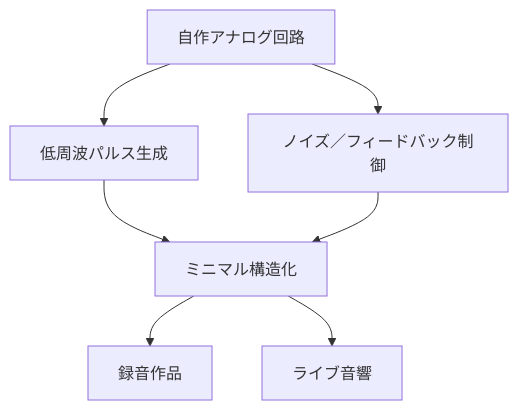
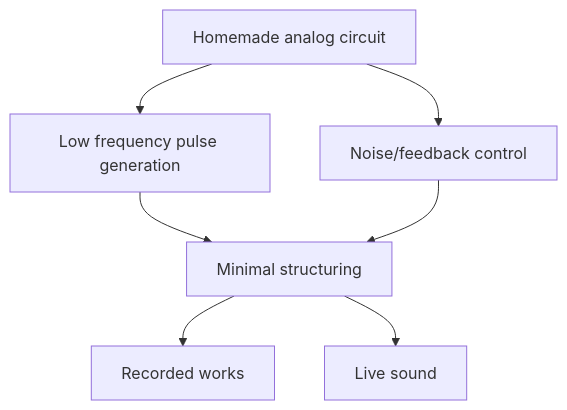
The second of 2 diagrams in en/_posts/2025-11-25-column-pan-sonic.md (monumental-movement/monumental-movement.github.io), drawn with Mermaid before and after one commit. The commit also changed other lines of this file and 801 other files, not shown here.

```diff
--- a/en/_posts/2025-11-25-column-pan-sonic.md
+++ b/en/_posts/2025-11-25-column-pan-sonic.md
@@ -175,9 +176,9 @@
 <div class="mermaid">
 flowchart TB
-A["自作アナログ回路"] --> B["低周波パルス生成"]
-A --> C["ノイズ／フィードバック制御"]
-B --> D["ミニマル構造化"]
+A["Homemade analog circuit"] --> B["Low frequency pulse generation"]
+A --> C["Noise/feedback control"]
+B --> D["Minimal structuring"]
 C --> D
-D --> E["録音作品"]
-D --> F["ライブ音響"]
+D --> E["Recorded works"]
+D --> F["Live sound"]
 </div>
```
